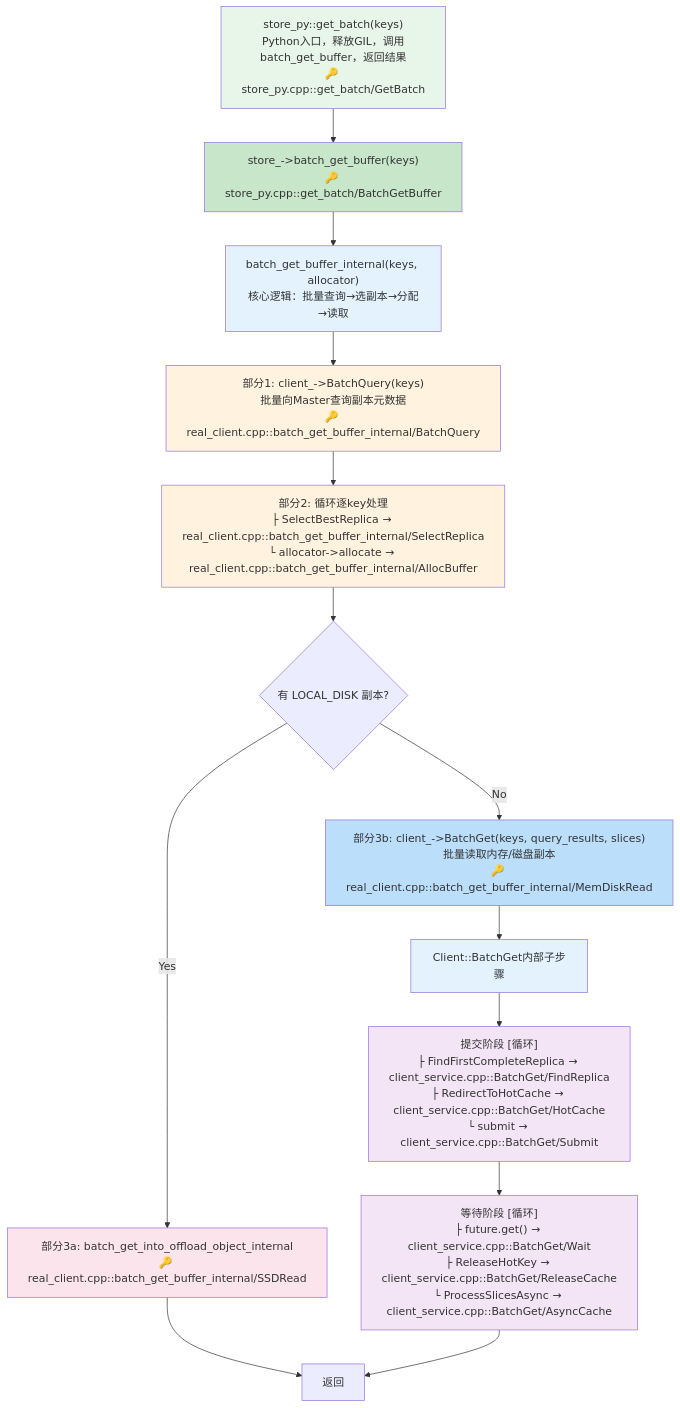
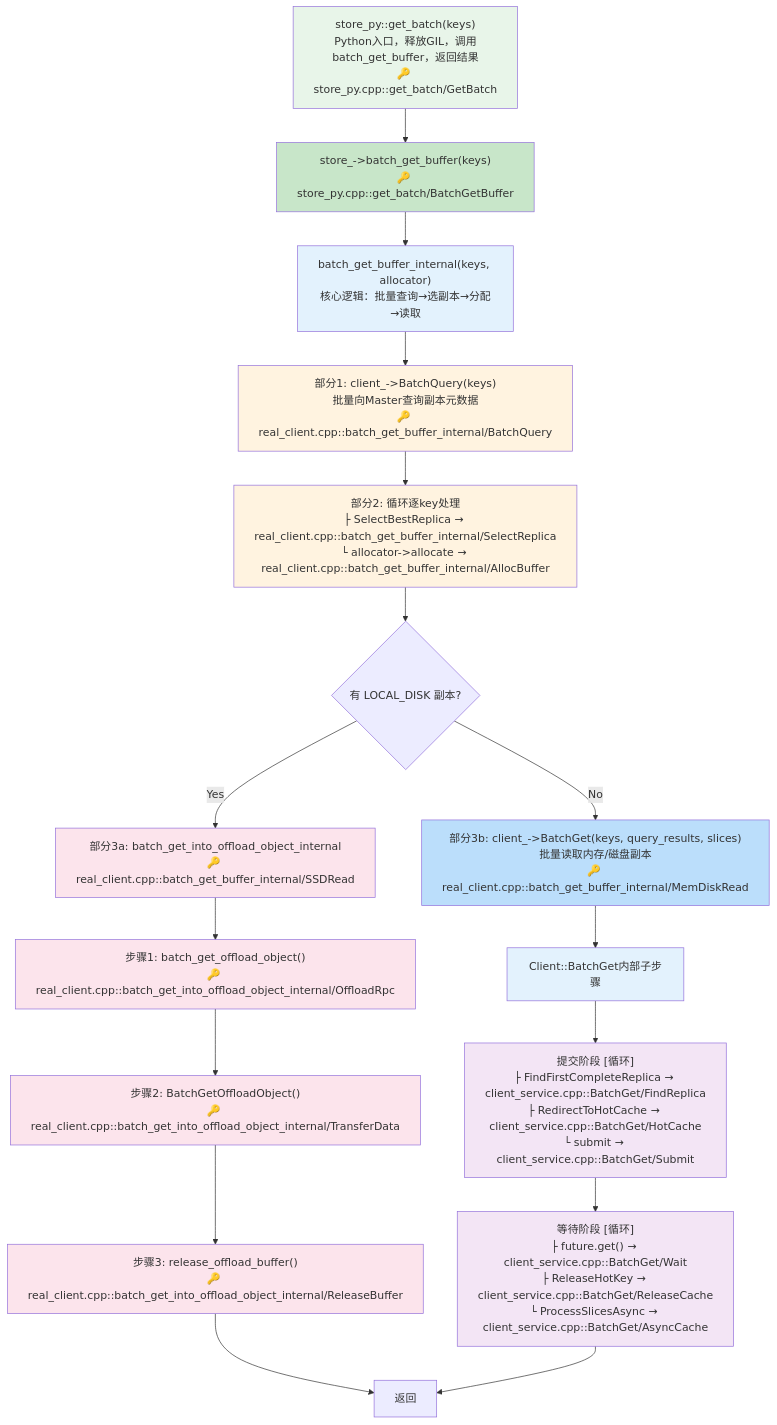
Before and after one commit to liangxu2000/Mooncake: the second of 4 diagrams in docs/yh/pipline.md, drawn with Mermaid. The commit also changed other lines of this file and 2 other files, not shown here.

Commit message:
perf(monitoring): 为SSD读取子步骤添加性能监控点
在 batch_get_into_offload_object_internal 函数中添加三个性能监控点，用于跟踪SSD读取操作的各子阶段耗时：
1. GET_SSD_OFFLOAD_RPC: 测量远端RPC调用时间
2. GET_SSD_TRANSFER_DATA: 测量数据传输时间
3. GET_SSD_RELEASE_BUFFER: 测量缓冲区释放时间

同时更新相关文档，在流程图中明确标注这三个子步骤。

````diff
--- a/docs/yh/pipline.md
+++ b/docs/yh/pipline.md
@@ -56,34 +62,40 @@
 ```mermaid
 flowchart TB
     Start["store_py::get_batch(keys)<br/>Python入口，释放GIL，调用batch_get_buffer，返回结果<br/>🔑 store_py.cpp::get_batch/GetBatch"] --> BatchGetBufferCall["store_->batch_get_buffer(keys)<br/>🔑 store_py.cpp::get_batch/BatchGetBuffer"]
 
     BatchGetBufferCall --> Internal["batch_get_buffer_internal(keys, allocator)<br/>核心逻辑：批量查询→选副本→分配→读取<br/>"]
 
     Internal --> QueryPart["部分1: client_->BatchQuery(keys)<br/>批量向Master查询副本元数据<br/>🔑 real_client.cpp::batch_get_buffer_internal/BatchQuery"]
     QueryPart --> LoopPart["部分2: 循环逐key处理<br/>├ SelectBestReplica → real_client.cpp::batch_get_buffer_internal/SelectReplica<br/>└ allocator->allocate → real_client.cpp::batch_get_buffer_internal/AllocBuffer"]
 
     LoopPart --> CheckDisk{有 LOCAL_DISK 副本?}
 
     CheckDisk -->|Yes| SSDPart["部分3a: batch_get_into_offload_object_internal<br/>🔑 real_client.cpp::batch_get_buffer_internal/SSDRead"]
+    SSDPart --> SSDRpc["步骤1: batch_get_offload_object()<br/>🔑 real_client.cpp::batch_get_into_offload_object_internal/OffloadRpc"]
+    SSDRpc --> SSDTransfer["步骤2: BatchGetOffloadObject()<br/>🔑 real_client.cpp::batch_get_into_offload_object_internal/TransferData"]
+    SSDTransfer --> SSDRelease["步骤3: release_offload_buffer()<br/>🔑 real_client.cpp::batch_get_into_offload_object_internal/ReleaseBuffer"]
 
     CheckDisk -->|No| MemDiskRead["部分3b: client_->BatchGet(keys, query_results, slices)<br/>批量读取内存/磁盘副本<br/>🔑 real_client.cpp::batch_get_buffer_internal/MemDiskRead"]
 
     MemDiskRead --> BatchGetSub["Client::BatchGet内部子步骤<br/>"]
 
     BatchGetSub --> SubmitLoop["提交阶段 [循环]<br/>├ FindFirstCompleteReplica → client_service.cpp::BatchGet/FindReplica<br/>├ RedirectToHotCache → client_service.cpp::BatchGet/HotCache<br/>└ submit → client_service.cpp::BatchGet/Submit"]
     SubmitLoop --> WaitLoop["等待阶段 [循环]<br/>├ future.get() → client_service.cpp::BatchGet/Wait<br/>├ ReleaseHotKey → client_service.cpp::BatchGet/ReleaseCache<br/>└ ProcessSlicesAsync → client_service.cpp::BatchGet/AsyncCache"]
 
-    SSDPart --> Done["返回"]
+    SSDRelease --> Done["返回"]
     WaitLoop --> Done
 
     style Start fill:#e8f5e9
     style BatchGetBufferCall fill:#c8e6c9
     style Internal fill:#e3f2fd
     style QueryPart fill:#fff3e0
     style LoopPart fill:#fff3e0
     style SSDPart fill:#fce4ec
+    style SSDRpc fill:#fce4ec
+    style SSDTransfer fill:#fce4ec
+    style SSDRelease fill:#fce4ec
     style MemDiskRead fill:#bbdefb
     style BatchGetSub fill:#e3f2fd
     style SubmitLoop fill:#f3e5f5
     style WaitLoop fill:#f3e5f5
 ```
````
